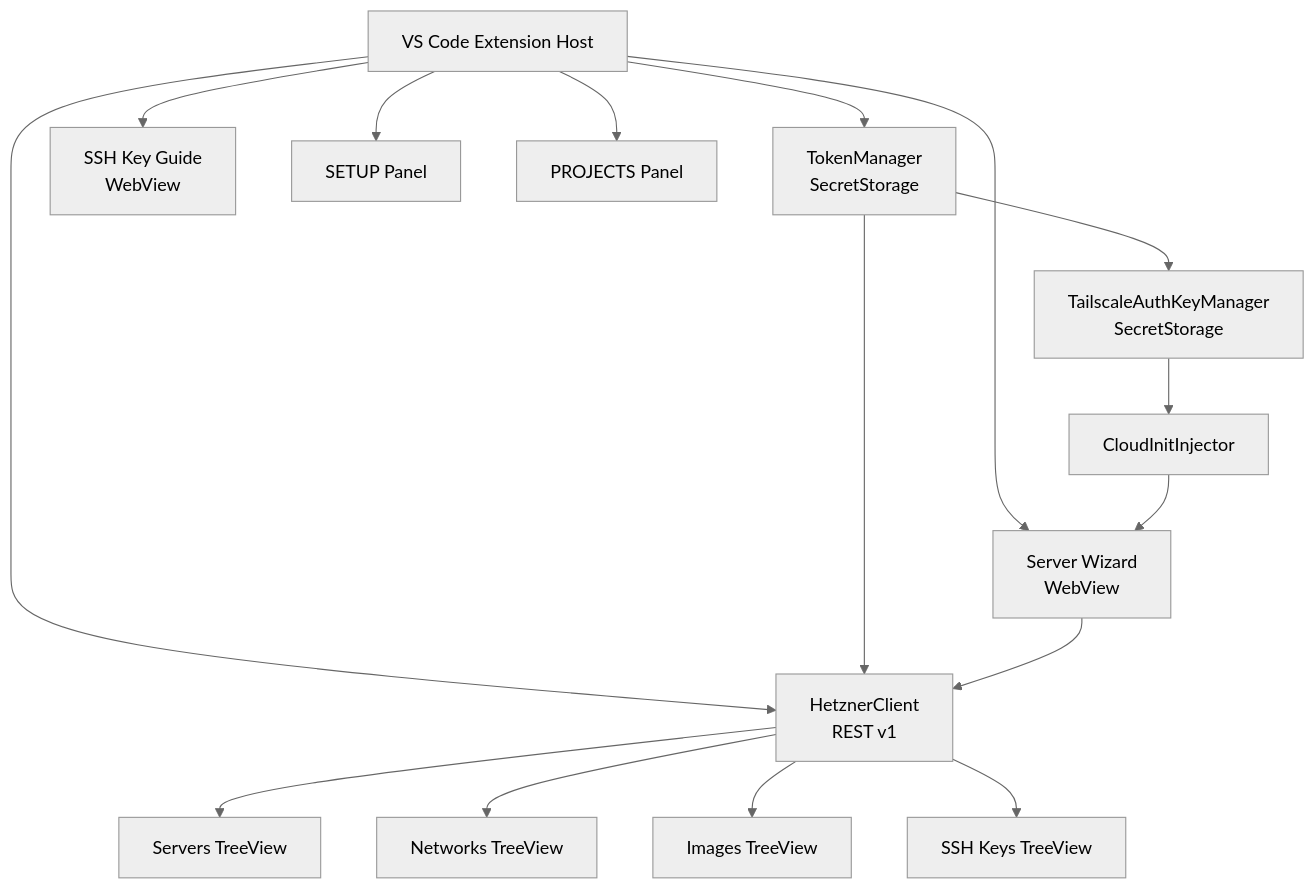
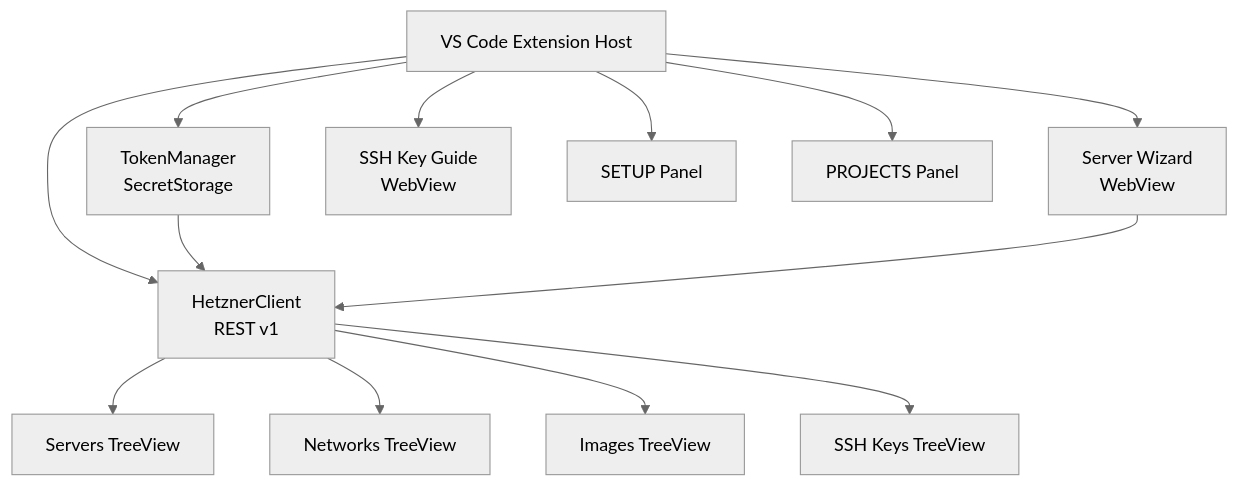
Before and after one commit to brwinnov/vscode-hetzner-cloud: the second of 3 diagrams in ROADMAP.md, drawn with Mermaid (neutral theme). The commit also changed other lines of this file and 5 other files, not shown here.

````diff
--- a/ROADMAP.md
+++ b/ROADMAP.md
@@ -46,21 +43,18 @@
 ```mermaid
 graph TD
     A[VS Code Extension Host] --> B[TokenManager<br/>SecretStorage]
     A --> C[HetznerClient<br/>REST v1]
     B --> C
 
     C --> D[Servers TreeView]
     C --> E[Networks TreeView]
     C --> F[Images TreeView]
     C --> G[SSH Keys TreeView]
 
     A --> H[Server Wizard<br/>WebView]
     A --> I[SSH Key Guide<br/>WebView]
     A --> J[SETUP Panel]
     A --> K[PROJECTS Panel]
 
     H --> C
-    B --> L[TailscaleAuthKeyManager<br/>SecretStorage]
-    L --> M[CloudInitInjector]
-    M --> H
 ```
````
